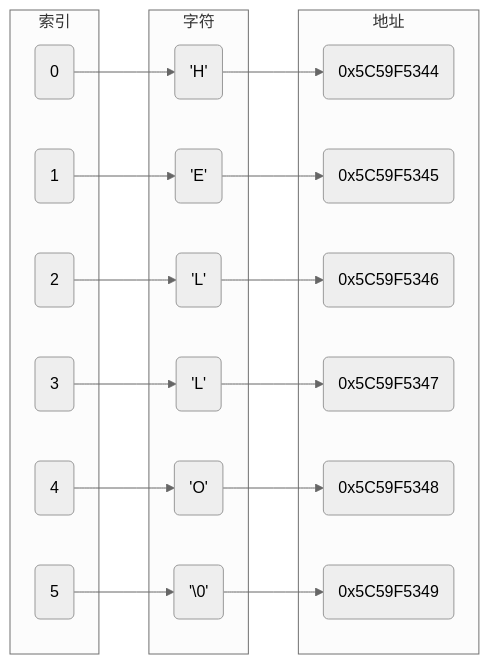
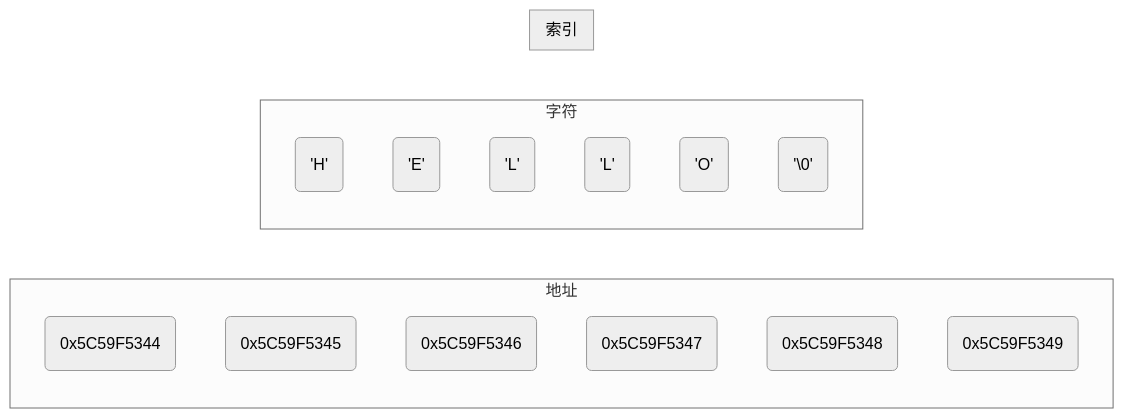
Before and after one commit to dmjcb/SelfBlog: the first of 3 diagrams in Language/C&C++/Char/2021-11-13-字符.md, drawn with Mermaid (neutral theme). The commit also changed other lines of this file and 224 other files, not shown here.

````diff
--- a/Language/C&C++/Char/2021-11-13-字符.md
+++ b/Language/C&C++/Char/2021-11-13-字符.md
@@ -51,29 +51,23 @@
 ```mermaid
 graph LR
     subgraph 地址
         a0(0x5C59F5344)
         a1(0x5C59F5345)
         a2(0x5C59F5346)
         a3(0x5C59F5347)
         a4(0x5C59F5348)
         a5(0x5C59F5349)
     end
 
     subgraph 字符
         v0('H')
         v1('E')
         v2('L')
         v3('L')
         v4('O')
         v5('\0')
     end
 
     subgraph 索引
-        i0(0)-->v0-->a0
-        i1(1)-->v1-->a1
-        i2(2)-->v2-->a2
-        i3(3)-->v3-->a3
-        i4(4)-->v4-->a4
-        i5(5)-->v5-->a5
     end
 ```
````
